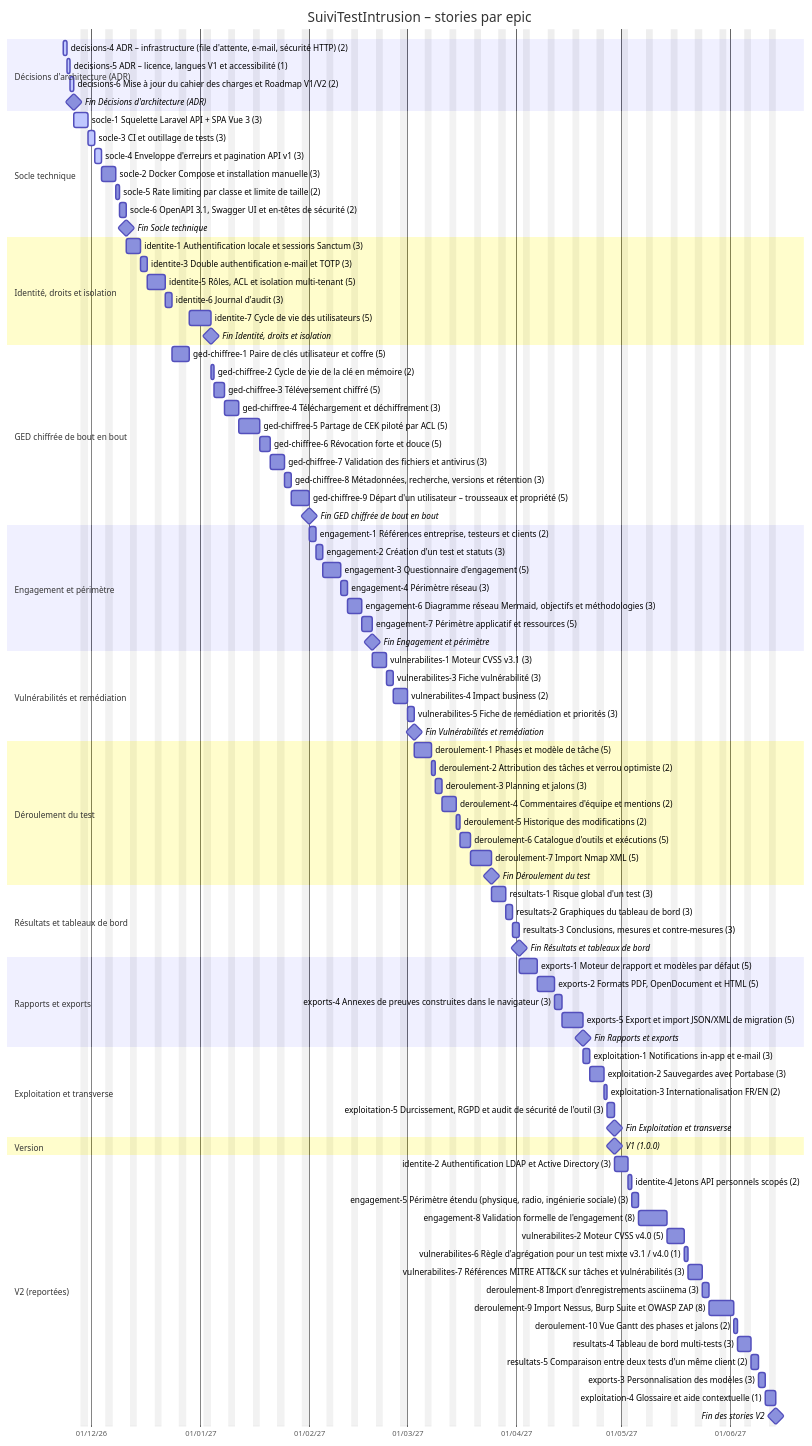
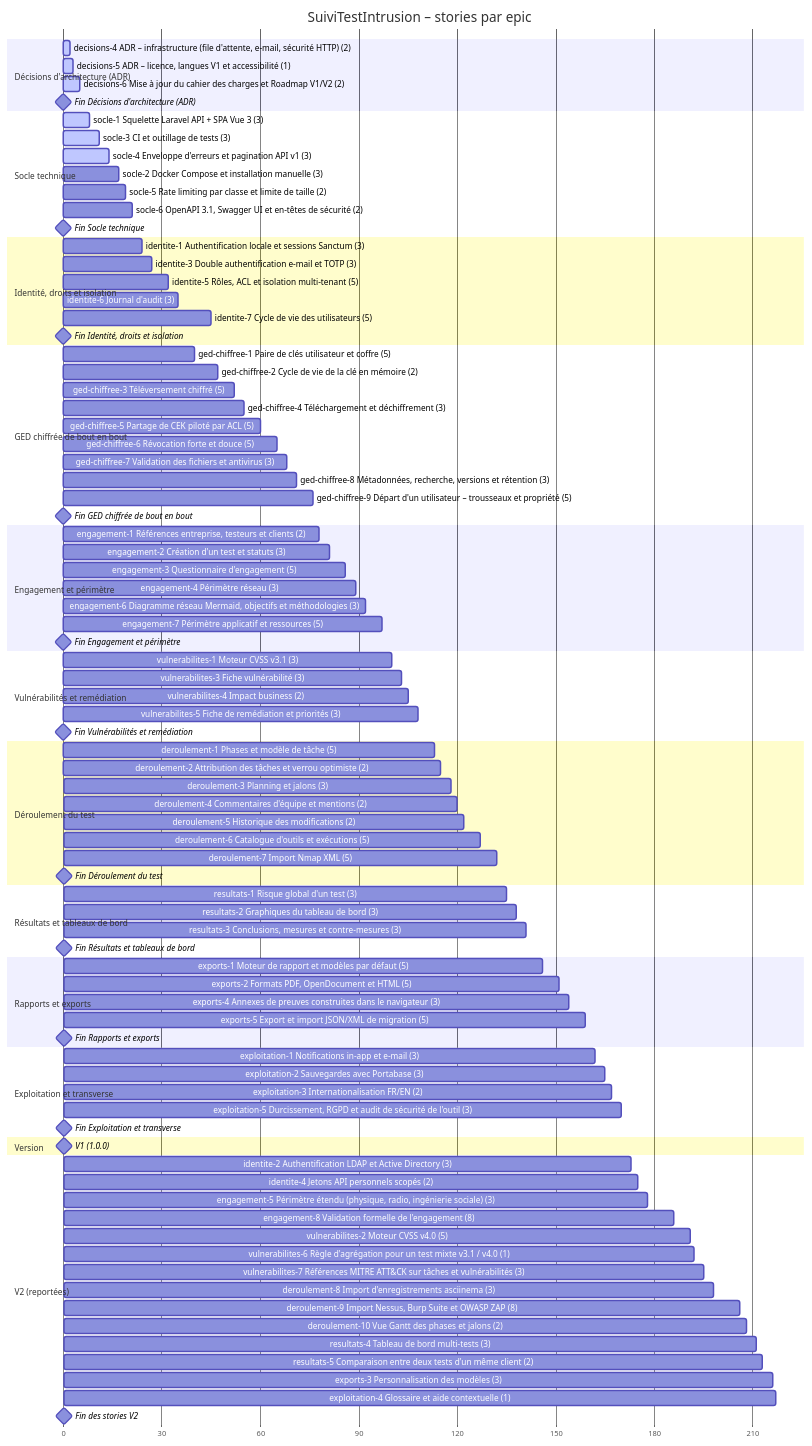
The second of 2 diagrams in docs/20-29 Développement/22 Planification/22.01 Planification du développement.md (ILPlais/SuiviTestIntrusion), drawn with Mermaid before and after one commit. The commit also changed other lines of this file and 3 other files, not shown here.

First line of the commit message:
Planification sans dates : Gantt en points et relevé du temps passé (22.01).

````diff
--- a/docs/20-29 Développement/22 Planification/22.01 Planification du développement.md
+++ b/docs/20-29 Développement/22 Planification/22.01 Planification du développement.md
@@ -74,96 +72,95 @@
 ```mermaid
 gantt
     title SuiviTestIntrusion – stories par epic
-    dateFormat YYYY-MM-DD
-    axisFormat %d/%m/%y
-    excludes weekends
+    dateFormat X
+    axisFormat %s
     section Décisions d'architecture (ADR)
-    decisions-4 ADR – infrastructure (file d'attente, e-mail, sécurité HTTP) (2) :active, decisions_4, 2026-11-23, 2026-11-24
-    decisions-5 ADR – licence, langues V1 et accessibilité (1) :active, decisions_5, 2026-11-24, 2026-11-25
-    decisions-6 Mise à jour du cahier des charges et Roadmap V1/V2 (2) :active, decisions_6, 2026-11-25, 2026-11-26
-    Fin Décisions d'architecture (ADR) :milestone, m_decisions, 2026-11-26, 0d
+    decisions-4 ADR – infrastructure (file d'attente, e-mail, sécurité HTTP) (2) :active, decisions_4, 0, 2
+    decisions-5 ADR – licence, langues V1 et accessibilité (1) :active, decisions_5, 2, 3
+    decisions-6 Mise à jour du cahier des charges et Roadmap V1/V2 (2) :active, decisions_6, 3, 5
+    Fin Décisions d'architecture (ADR) :milestone, m_decisions, 5, 0d
     section Socle technique
-    socle-1 Squelette Laravel API + SPA Vue 3 (3) :active, socle_1, 2026-11-26, 2026-11-30
-    socle-3 CI et outillage de tests (3) :active, socle_3, 2026-11-30, 2026-12-02
-    socle-4 Enveloppe d'erreurs et pagination API v1 (3) :active, socle_4, 2026-12-02, 2026-12-04
-    socle-2 Docker Compose et installation manuelle (3) :socle_2, 2026-12-04, 2026-12-08
-    socle-5 Rate limiting par classe et limite de taille (2) :socle_5, 2026-12-08, 2026-12-09
-    socle-6 OpenAPI 3.1, Swagger UI et en-têtes de sécurité (2) :socle_6, 2026-12-09, 2026-12-11
-    Fin Socle technique :milestone, m_socle, 2026-12-11, 0d
+    socle-1 Squelette Laravel API + SPA Vue 3 (3) :active, socle_1, 5, 8
+    socle-3 CI et outillage de tests (3) :active, socle_3, 8, 11
+    socle-4 Enveloppe d'erreurs et pagination API v1 (3) :active, socle_4, 11, 14
+    socle-2 Docker Compose et installation manuelle (3) :socle_2, 14, 17
+    socle-5 Rate limiting par classe et limite de taille (2) :socle_5, 17, 19
+    socle-6 OpenAPI 3.1, Swagger UI et en-têtes de sécurité (2) :socle_6, 19, 21
+    Fin Socle technique :milestone, m_socle, 21, 0d
     section Identité, droits et isolation
-    identite-1 Authentification locale et sessions Sanctum (3) :identite_1, 2026-12-11, 2026-12-15
-    identite-3 Double authentification e-mail et TOTP (3) :identite_3, 2026-12-15, 2026-12-17
-    identite-5 Rôles, ACL et isolation multi-tenant (5) :identite_5, 2026-12-17, 2026-12-22
-    identite-6 Journal d'audit (3) :identite_6, 2026-12-22, 2026-12-24
-    identite-7 Cycle de vie des utilisateurs (5) :identite_7, 2026-12-29, 2027-01-04
-    Fin Identité, droits et isolation :milestone, m_identite, 2027-01-04, 0d
+    identite-1 Authentification locale et sessions Sanctum (3) :identite_1, 21, 24
+    identite-3 Double authentification e-mail et TOTP (3) :identite_3, 24, 27
+    identite-5 Rôles, ACL et isolation multi-tenant (5) :identite_5, 27, 32
+    identite-6 Journal d'audit (3) :identite_6, 32, 35
+    identite-7 Cycle de vie des utilisateurs (5) :identite_7, 40, 45
+    Fin Identité, droits et isolation :milestone, m_identite, 45, 0d
     section GED chiffrée de bout en bout
-    ged-chiffree-1 Paire de clés utilisateur et coffre (5) :ged_chiffree_1, 2026-12-24, 2026-12-29
-    ged-chiffree-2 Cycle de vie de la clé en mémoire (2) :ged_chiffree_2, 2027-01-04, 2027-01-05
-    ged-chiffree-3 Téléversement chiffré (5) :ged_chiffree_3, 2027-01-05, 2027-01-08
-    ged-chiffree-4 Téléchargement et déchiffrement (3) :ged_chiffree_4, 2027-01-08, 2027-01-12
-    ged-chiffree-5 Partage de CEK piloté par ACL (5) :ged_chiffree_5, 2027-01-12, 2027-01-18
-    ged-chiffree-6 Révocation forte et douce (5) :ged_chiffree_6, 2027-01-18, 2027-01-21
-    ged-chiffree-7 Validation des fichiers et antivirus (3) :ged_chiffree_7, 2027-01-21, 2027-01-25
-    ged-chiffree-8 Métadonnées, recherche, versions et rétention (3) :ged_chiffree_8, 2027-01-25, 2027-01-27
-    ged-chiffree-9 Départ d'un utilisateur – trousseaux et propriété (5) :ged_chiffree_9, 2027-01-27, 2027-02-01
-    Fin GED chiffrée de bout en bout :milestone, m_ged_chiffree, 2027-02-01, 0d
+    ged-chiffree-1 Paire de clés utilisateur et coffre (5) :ged_chiffree_1, 35, 40
+    ged-chiffree-2 Cycle de vie de la clé en mémoire (2) :ged_chiffree_2, 45, 47
+    ged-chiffree-3 Téléversement chiffré (5) :ged_chiffree_3, 47, 52
+    ged-chiffree-4 Téléchargement et déchiffrement (3) :ged_chiffree_4, 52, 55
+    ged-chiffree-5 Partage de CEK piloté par ACL (5) :ged_chiffree_5, 55, 60
+    ged-chiffree-6 Révocation forte et douce (5) :ged_chiffree_6, 60, 65
+    ged-chiffree-7 Validation des fichiers et antivirus (3) :ged_chiffree_7, 65, 68
+    ged-chiffree-8 Métadonnées, recherche, versions et rétention (3) :ged_chiffree_8, 68, 71
+    ged-chiffree-9 Départ d'un utilisateur – trousseaux et propriété (5) :ged_chiffree_9, 71, 76
+    Fin GED chiffrée de bout en bout :milestone, m_ged_chiffree, 76, 0d
     section Engagement et périmètre
-    engagement-1 Références entreprise, testeurs et clients (2) :engagement_1, 2027-02-01, 2027-02-03
-    engagement-2 Création d'un test et statuts (3) :engagement_2, 2027-02-03, 2027-02-05
-    engagement-3 Questionnaire d'engagement (5) :engagement_3, 2027-02-05, 2027-02-10
-    engagement-4 Périmètre réseau (3) :engagement_4, 2027-02-10, 2027-02-12
-    engagement-6 Diagramme réseau Mermaid, objectifs et méthodologies (3) :engagement_6, 2027-02-12, 2027-02-16
-    engagement-7 Périmètre applicatif et ressources (5) :engagement_7, 2027-02-16, 2027-02-19
-    Fin Engagement et périmètre :milestone, m_engagement, 2027-02-19, 0d
+    engagement-1 Références entreprise, testeurs et clients (2) :engagement_1, 76, 78
+    engagement-2 Création d'un test et statuts (3) :engagement_2, 78, 81
+    engagement-3 Questionnaire d'engagement (5) :engagement_3, 81, 86
+    engagement-4 Périmètre réseau (3) :engagement_4, 86, 89
+    engagement-6 Diagramme réseau Mermaid, objectifs et méthodologies (3) :engagement_6, 89, 92
+    engagement-7 Périmètre applicatif et ressources (5) :engagement_7, 92, 97
+    Fin Engagement et périmètre :milestone, m_engagement, 97, 0d
     section Vulnérabilités et remédiation
-    vulnerabilites-1 Moteur CVSS v3.1 (3) :vulnerabilites_1, 2027-02-19, 2027-02-23
-    vulnerabilites-3 Fiche vulnérabilité (3) :vulnerabilites_3, 2027-02-23, 2027-02-25
-    vulnerabilites-4 Impact business (2) :vulnerabilites_4, 2027-02-25, 2027-03-01
-    vulnerabilites-5 Fiche de remédiation et priorités (3) :vulnerabilites_5, 2027-03-01, 2027-03-03
-    Fin Vulnérabilités et remédiation :milestone, m_vulnerabilites, 2027-03-03, 0d
+    vulnerabilites-1 Moteur CVSS v3.1 (3) :vulnerabilites_1, 97, 100
+    vulnerabilites-3 Fiche vulnérabilité (3) :vulnerabilites_3, 100, 103
+    vulnerabilites-4 Impact business (2) :vulnerabilites_4, 103, 105
+    vulnerabilites-5 Fiche de remédiation et priorités (3) :vulnerabilites_5, 105, 108
+    Fin Vulnérabilités et remédiation :milestone, m_vulnerabilites, 108, 0d
     section Déroulement du test
-    deroulement-1 Phases et modèle de tâche (5) :deroulement_1, 2027-03-03, 2027-03-08
-    deroulement-2 Attribution des tâches et verrou optimiste (2) :deroulement_2, 2027-03-08, 2027-03-09
-    deroulement-3 Planning et jalons (3) :deroulement_3, 2027-03-09, 2027-03-11
-    deroulement-4 Commentaires d'équipe et mentions (2) :deroulement_4, 2027-03-11, 2027-03-15
-    deroulement-5 Historique des modifications (2) :deroulement_5, 2027-03-15, 2027-03-16
-    deroulement-6 Catalogue d'outils et exécutions (5) :deroulement_6, 2027-03-16, 2027-03-19
-    deroulement-7 Import Nmap XML (5) :deroulement_7, 2027-03-19, 2027-03-25
-    Fin Déroulement du test :milestone, m_deroulement, 2027-03-25, 0d
+    deroulement-1 Phases et modèle de tâche (5) :deroulement_1, 108, 113
+    deroulement-2 Attribution des tâches et verrou optimiste (2) :deroulement_2, 113, 115
+    deroulement-3 Planning et jalons (3) :deroulement_3, 115, 118
+    deroulement-4 Commentaires d'équipe et mentions (2) :deroulement_4, 118, 120
+    deroulement-5 Historique des modifications (2) :deroulement_5, 120, 122
+    deroulement-6 Catalogue d'outils et exécutions (5) :deroulement_6, 122, 127
+    deroulement-7 Import Nmap XML (5) :deroulement_7, 127, 132
+    Fin Déroulement du test :milestone, m_deroulement, 132, 0d
     section Résultats et tableaux de bord
-    resultats-1 Risque global d'un test (3) :resultats_1, 2027-03-25, 2027-03-29
-    resultats-2 Graphiques du tableau de bord (3) :resultats_2, 2027-03-29, 2027-03-31
-    resultats-3 Conclusions, mesures et contre-mesures (3) :resultats_3, 2027-03-31, 2027-04-02
-    Fin Résultats et tableaux de bord :milestone, m_resultats, 2027-04-02, 0d
+    resultats-1 Risque global d'un test (3) :resultats_1, 132, 135
+    resultats-2 Graphiques du tableau de bord (3) :resultats_2, 135, 138
+    resultats-3 Conclusions, mesures et contre-mesures (3) :resultats_3, 138, 141
+    Fin Résultats et tableaux de bord :milestone, m_resultats, 141, 0d
     section Rapports et exports
-    exports-1 Moteur de rapport et modèles par défaut (5) :exports_1, 2027-04-02, 2027-04-07
-    exports-2 Formats PDF, OpenDocument et HTML (5) :exports_2, 2027-04-07, 2027-04-12
-    exports-4 Annexes de preuves construites dans le navigateur (3) :exports_4, 2027-04-12, 2027-04-14
-    exports-5 Export et import JSON/XML de migration (5) :exports_5, 2027-04-14, 2027-04-20
-    Fin Rapports et exports :milestone, m_exports, 2027-04-20, 0d
+    exports-1 Moteur de rapport et modèles par défaut (5) :exports_1, 141, 146
+    exports-2 Formats PDF, OpenDocument et HTML (5) :exports_2, 146, 151
+    exports-4 Annexes de preuves construites dans le navigateur (3) :exports_4, 151, 154
+    exports-5 Export et import JSON/XML de migration (5) :exports_5, 154, 159
+    Fin Rapports et exports :milestone, m_exports, 159, 0d
     section Exploitation et transverse
-    exploitation-1 Notifications in-app et e-mail (3) :exploitation_1, 2027-04-20, 2027-04-22
-    exploitation-2 Sauvegardes avec Portabase (3) :exploitation_2, 2027-04-22, 2027-04-26
-    exploitation-3 Internationalisation FR/EN (2) :exploitation_3, 2027-04-26, 2027-04-27
-    exploitation-5 Durcissement, RGPD et audit de sécurité de l'outil (3) :exploitation_5, 2027-04-27, 2027-04-29
-    Fin Exploitation et transverse :milestone, m_exploitation, 2027-04-29, 0d
+    exploitation-1 Notifications in-app et e-mail (3) :exploitation_1, 159, 162
+    exploitation-2 Sauvegardes avec Portabase (3) :exploitation_2, 162, 165
+    exploitation-3 Internationalisation FR/EN (2) :exploitation_3, 165, 167
+    exploitation-5 Durcissement, RGPD et audit de sécurité de l'outil (3) :exploitation_5, 167, 170
+    Fin Exploitation et transverse :milestone, m_exploitation, 170, 0d
     section Version
-    V1 (1.0.0) :milestone, v1d, 2027-04-29, 0d
+    V1 (1.0.0) :milestone, v1d, 170, 0d
     section V2 (reportées)
-    identite-2 Authentification LDAP et Active Directory (3) :identite_2, 2027-04-29, 2027-05-03
-    identite-4 Jetons API personnels scopés (2) :identite_4, 2027-05-03, 2027-05-04
-    engagement-5 Périmètre étendu (physique, radio, ingénierie sociale) (3) :engagement_5, 2027-05-04, 2027-05-06
-    engagement-8 Validation formelle de l'engagement (8) :engagement_8, 2027-05-06, 2027-05-14
-    vulnerabilites-2 Moteur CVSS v4.0 (5) :vulnerabilites_2, 2027-05-14, 2027-05-19
-    vulnerabilites-6 Règle d'agrégation pour un test mixte v3.1 / v4.0 (1) :vulnerabilites_6, 2027-05-19, 2027-05-20
-    vulnerabilites-7 Références MITRE ATT&CK sur tâches et vulnérabilités (3) :vulnerabilites_7, 2027-05-20, 2027-05-24
-    deroulement-8 Import d'enregistrements asciinema (3) :deroulement_8, 2027-05-24, 2027-05-26
-    deroulement-9 Import Nessus, Burp Suite et OWASP ZAP (8) :deroulement_9, 2027-05-26, 2027-06-02
-    deroulement-10 Vue Gantt des phases et jalons (2) :deroulement_10, 2027-06-02, 2027-06-03
-    resultats-4 Tableau de bord multi-tests (3) :resultats_4, 2027-06-03, 2027-06-07
-    resultats-5 Comparaison entre deux tests d'un même client (2) :resultats_5, 2027-06-07, 2027-06-09
-    exports-3 Personnalisation des modèles (3) :exports_3, 2027-06-09, 2027-06-11
-    exploitation-4 Glossaire et aide contextuelle (1) :exploitation_4, 2027-06-11, 2027-06-14
-    Fin des stories V2 :milestone, v2d, 2027-06-14, 0d
+    identite-2 Authentification LDAP et Active Directory (3) :identite_2, 170, 173
+    identite-4 Jetons API personnels scopés (2) :identite_4, 173, 175
+    engagement-5 Périmètre étendu (physique, radio, ingénierie sociale) (3) :engagement_5, 175, 178
+    engagement-8 Validation formelle de l'engagement (8) :engagement_8, 178, 186
+    vulnerabilites-2 Moteur CVSS v4.0 (5) :vulnerabilites_2, 186, 191
+    vulnerabilites-6 Règle d'agrégation pour un test mixte v3.1 / v4.0 (1) :vulnerabilites_6, 191, 192
+    vulnerabilites-7 Références MITRE ATT&CK sur tâches et vulnérabilités (3) :vulnerabilites_7, 192, 195
+    deroulement-8 Import d'enregistrements asciinema (3) :deroulement_8, 195, 198
+    deroulement-9 Import Nessus, Burp Suite et OWASP ZAP (8) :deroulement_9, 198, 206
+    deroulement-10 Vue Gantt des phases et jalons (2) :deroulement_10, 206, 208
+    resultats-4 Tableau de bord multi-tests (3) :resultats_4, 208, 211
+    resultats-5 Comparaison entre deux tests d'un même client (2) :resultats_5, 211, 213
+    exports-3 Personnalisation des modèles (3) :exports_3, 213, 216
+    exploitation-4 Glossaire et aide contextuelle (1) :exploitation_4, 216, 217
+    Fin des stories V2 :milestone, v2d, 217, 0d
 ```
````
